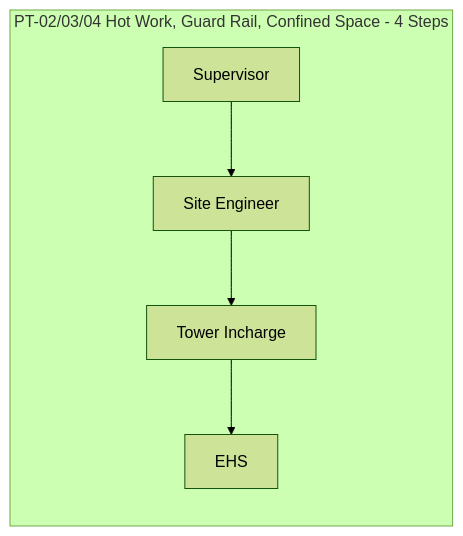
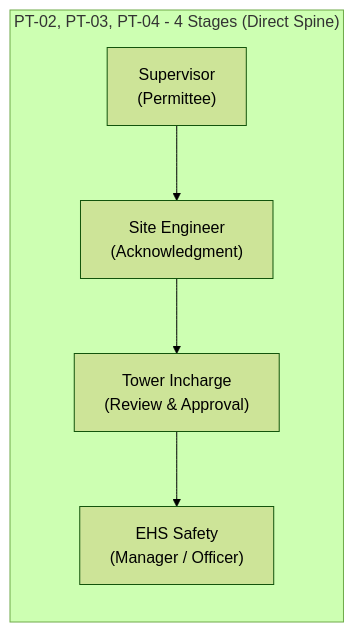
The fifth of 25 diagrams in README.md (AuroGroupAutomationBot/ARPL-EHS-Demo), drawn with Mermaid (forest theme) before and after one commit. The commit also changed other lines of this file, not shown here.

````diff
--- a/README.md
+++ b/README.md
@@ -283,8 +311,8 @@
 ```mermaid
 graph LR
-    subgraph "PT-02/03/04 Hot Work, Guard Rail, Confined Space - 4 Steps"
-        H1["Supervisor"] --> H2["Site Engineer"]
-        H2 --> H3["Tower Incharge"]
-        H3 --> H4["EHS"]
+    subgraph "PT-02, PT-03, PT-04 - 4 Stages (Direct Spine)"
+        H1["Supervisor<br/>(Permittee)"] --> H2["Site Engineer<br/>(Acknowledgment)"]
+        H2 --> H3["Tower Incharge<br/>(Review & Approval)"]
+        H3 --> H4["EHS Safety<br/>(Manager / Officer)"]
     end
 ```
````
